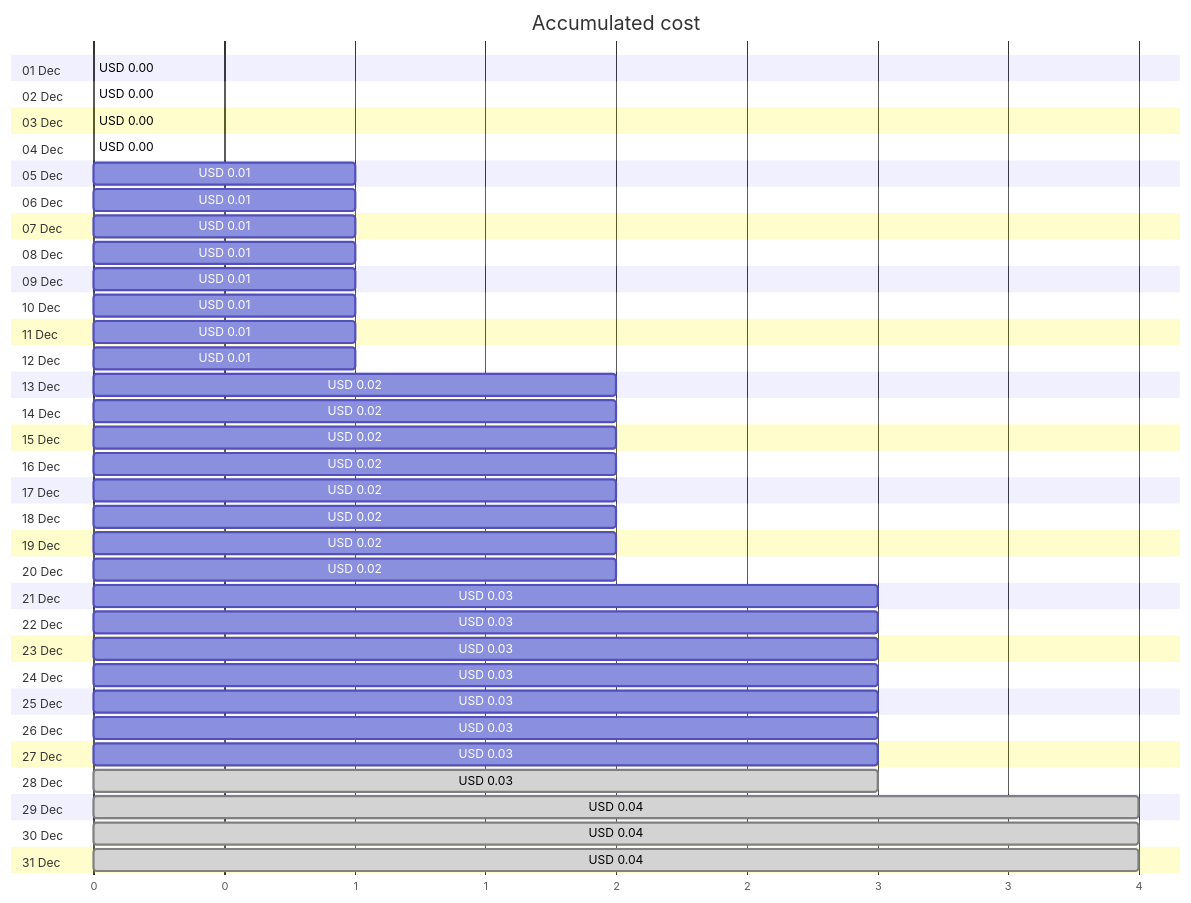
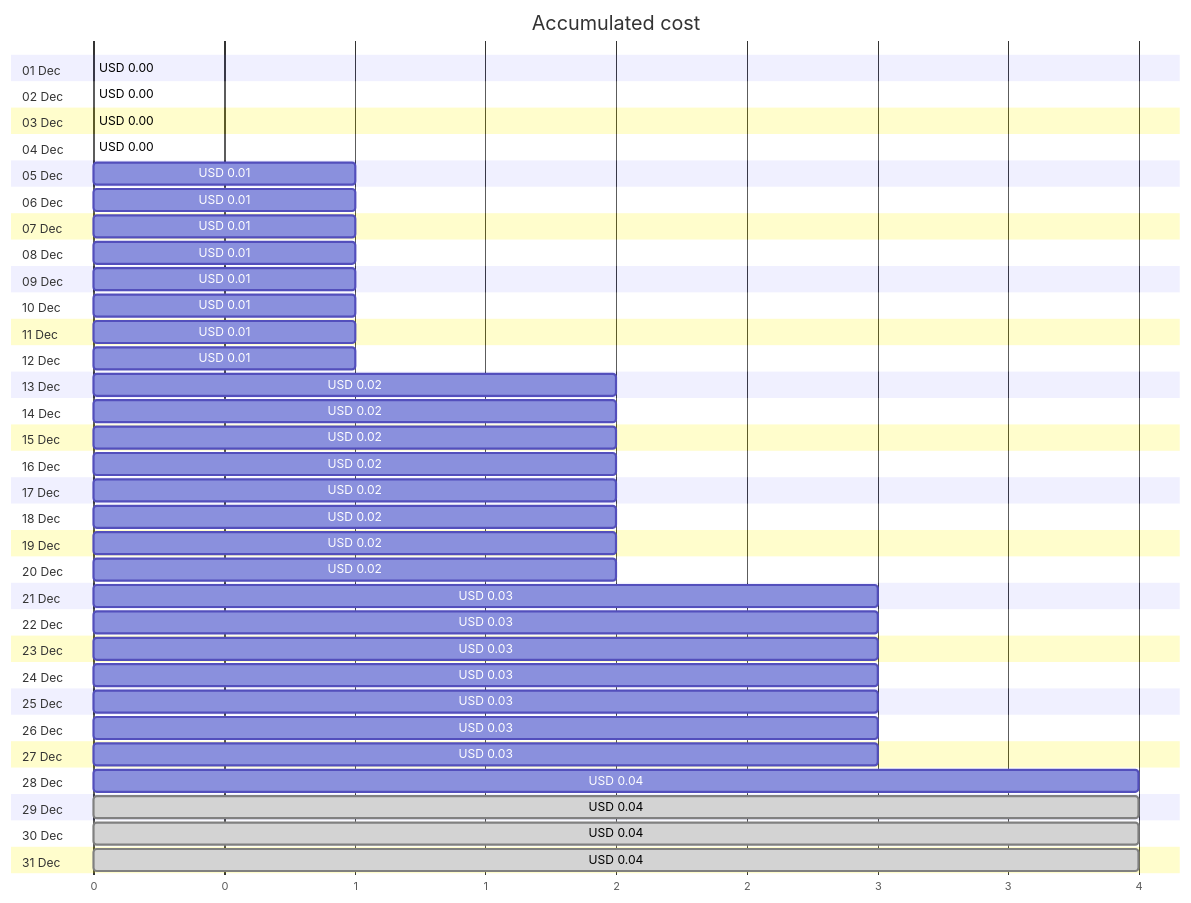
Before and after one commit to jpfulton/azure-personal-reports: the first of 4 diagrams in cost-reports/personal-site/personalsiteapistorage.md, drawn with Mermaid. The commit also changed other lines of this file and 6 other files, not shown here.

````diff
--- a/cost-reports/personal-site/personalsiteapistorage.md
+++ b/cost-reports/personal-site/personalsiteapistorage.md
@@ -20,68 +20,68 @@
 ```mermaid
 gantt
    title Accumulated cost
    dateFormat  X
    axisFormat %s
    section 01 Dec
    USD 0.00 :0, 0
    section 02 Dec
    USD 0.00 :0, 0
    section 03 Dec
    USD 0.00 :0, 0
    section 04 Dec
    USD 0.00 :0, 0
    section 05 Dec
    USD 0.01 :0, 1
    section 06 Dec
    USD 0.01 :0, 1
    section 07 Dec
    USD 0.01 :0, 1
    section 08 Dec
    USD 0.01 :0, 1
    section 09 Dec
    USD 0.01 :0, 1
    section 10 Dec
    USD 0.01 :0, 1
    section 11 Dec
    USD 0.01 :0, 1
    section 12 Dec
    USD 0.01 :0, 1
    section 13 Dec
    USD 0.02 :0, 2
    section 14 Dec
    USD 0.02 :0, 2
    section 15 Dec
    USD 0.02 :0, 2
    section 16 Dec
    USD 0.02 :0, 2
    section 17 Dec
    USD 0.02 :0, 2
    section 18 Dec
    USD 0.02 :0, 2
    section 19 Dec
    USD 0.02 :0, 2
    section 20 Dec
    USD 0.02 :0, 2
    section 21 Dec
    USD 0.03 :0, 3
    section 22 Dec
    USD 0.03 :0, 3
    section 23 Dec
    USD 0.03 :0, 3
    section 24 Dec
    USD 0.03 :0, 3
    section 25 Dec
    USD 0.03 :0, 3
    section 26 Dec
    USD 0.03 :0, 3
    section 27 Dec
    USD 0.03 :0, 3
    section 28 Dec
-   USD 0.03 : done, 0, 3
+   USD 0.04 :0, 4
    section 29 Dec
    USD 0.04 : done, 0, 4
    section 30 Dec
    USD 0.04 : done, 0, 4
    section 31 Dec
    USD 0.04 : done, 0, 4
 ```
````
